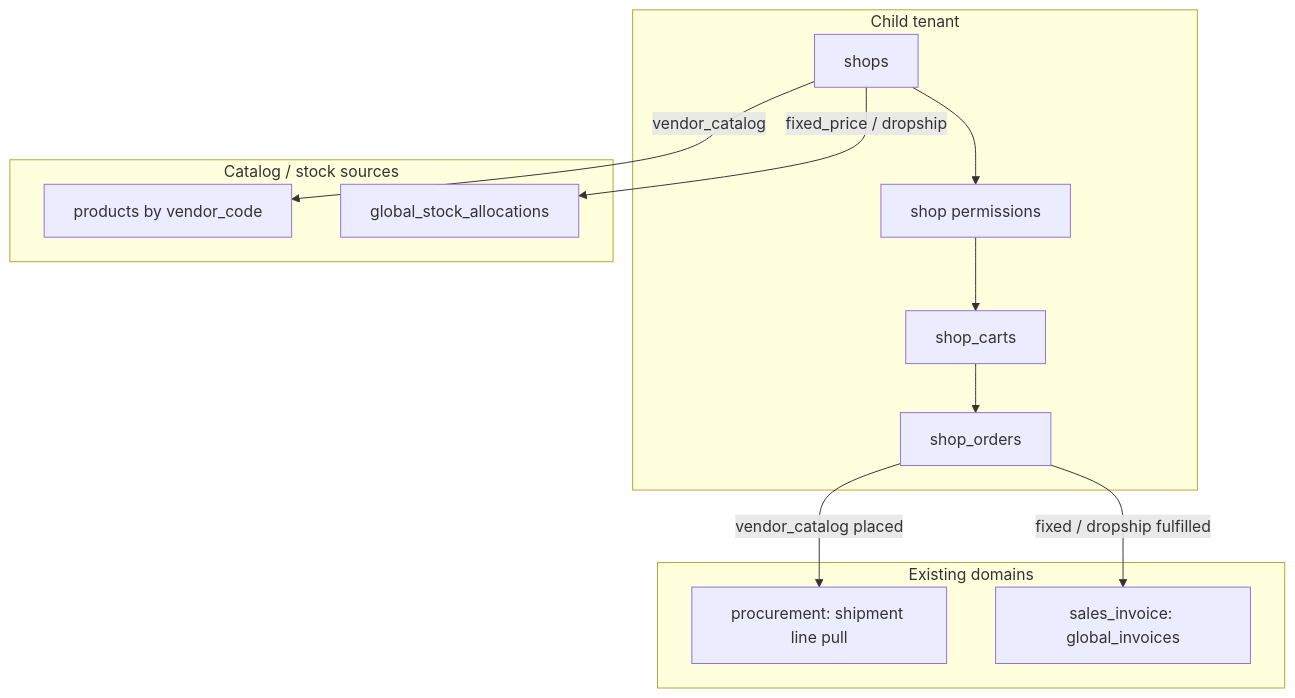
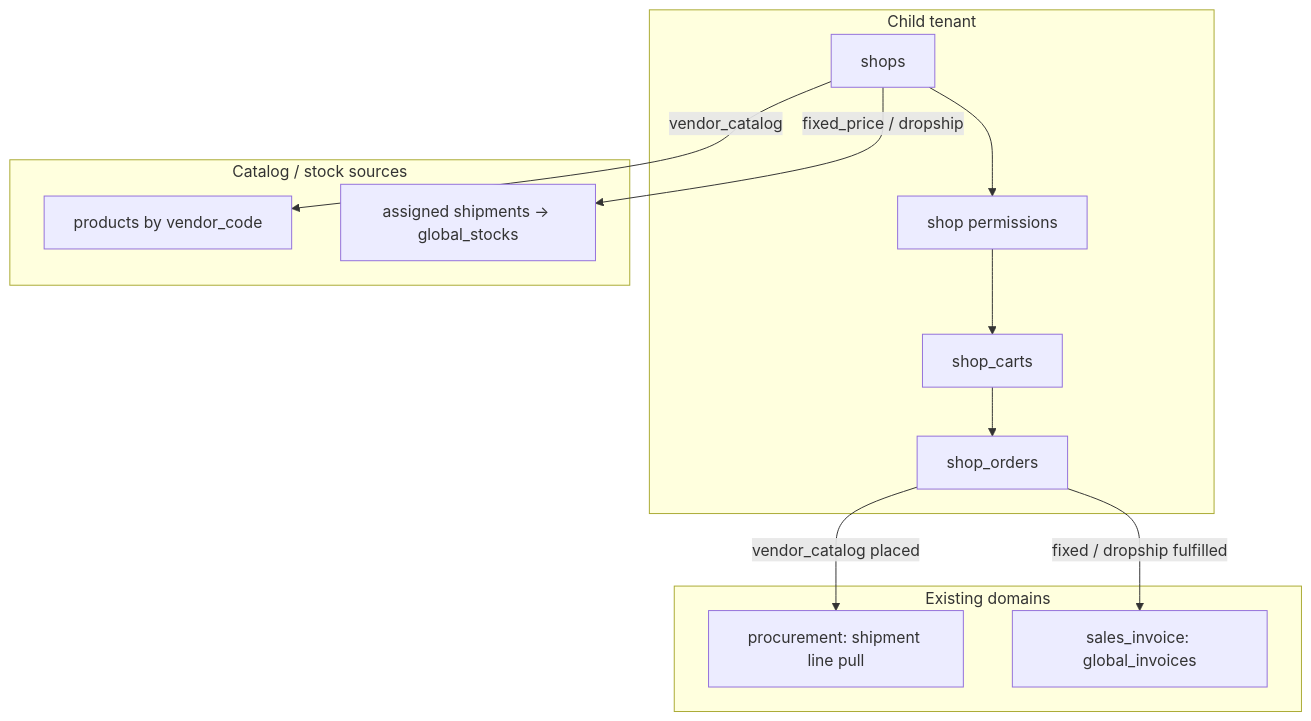
Before and after one commit to david-git-2/brandwala-wholesale-quasar-v2: the first of 4 diagrams in doc/shop_order/SHOP_ORDER.md, drawn with Mermaid. The commit also changed other lines of this file and 67 other files, not shown here.

````diff
--- a/doc/shop_order/SHOP_ORDER.md
+++ b/doc/shop_order/SHOP_ORDER.md
@@ -156,26 +150,26 @@
 ```mermaid
 flowchart TB
   subgraph child [Child tenant]
     shops["shops"]
     perms["shop permissions"]
     cart["shop_carts"]
     order["shop_orders"]
   end
 
   subgraph sources [Catalog / stock sources]
     products["products by vendor_code"]
-    alloc["global_stock_allocations"]
+    assigned["assigned shipments → global_stocks"]
   end
 
   subgraph downstream [Existing domains]
     pull["procurement: shipment line pull"]
     invoice["sales_invoice: global_invoices"]
   end
 
   shops --> perms
   shops -->|vendor_catalog| products
-  shops -->|fixed_price / dropship| alloc
+  shops -->|fixed_price / dropship| assigned
   perms --> cart --> order
   order -->|vendor_catalog placed| pull
   order -->|fixed / dropship fulfilled| invoice
 ```
````
